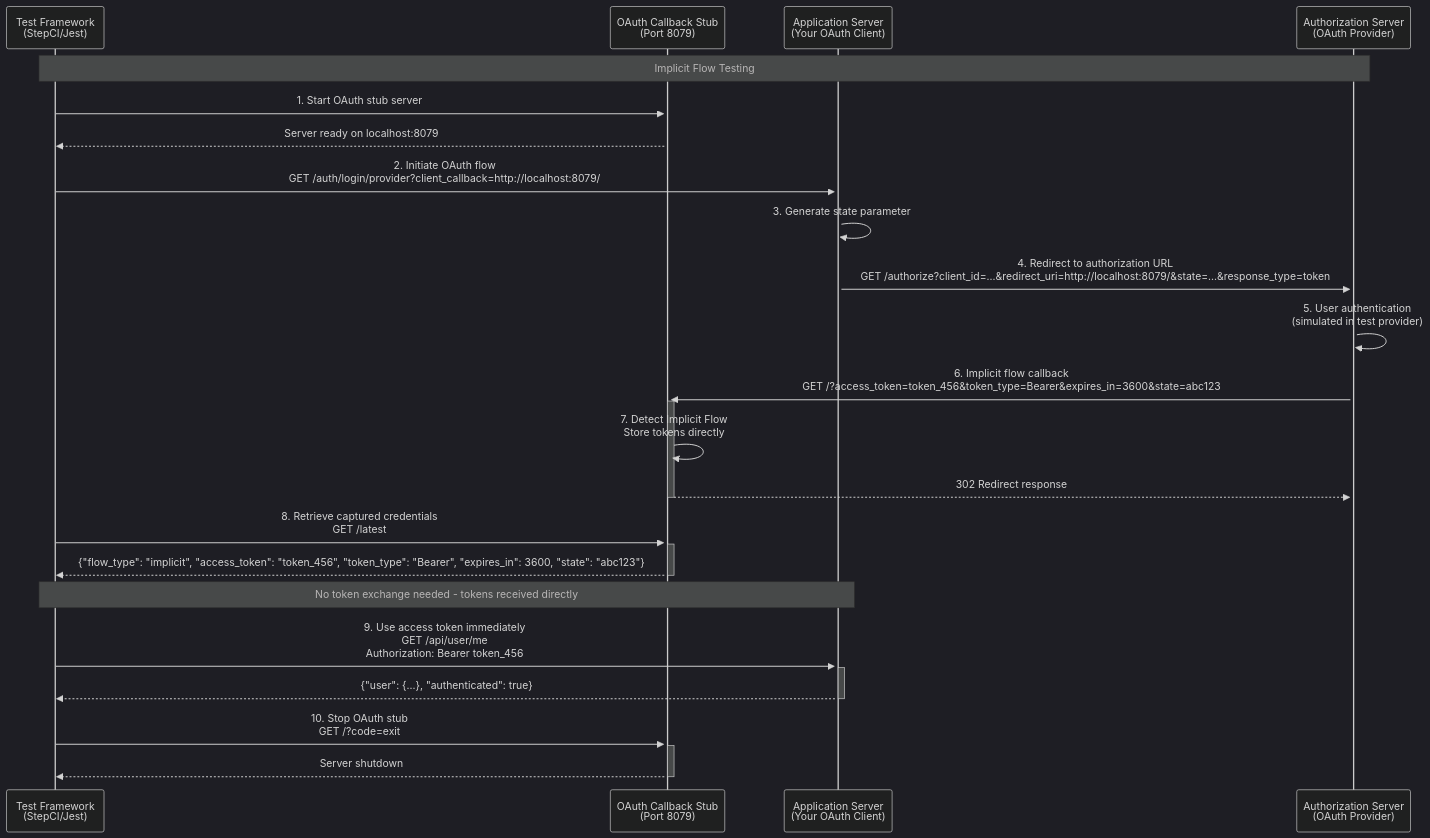
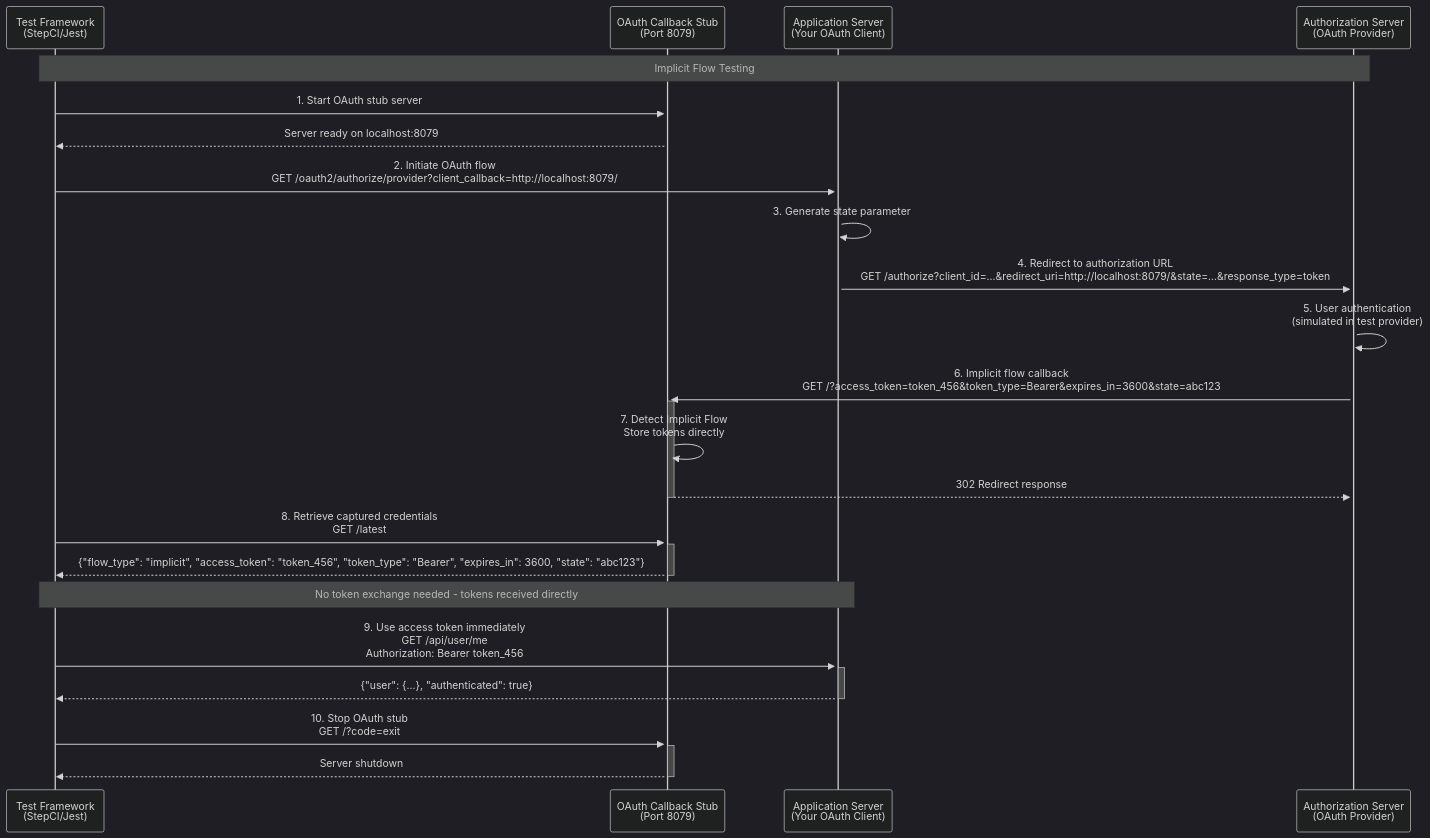
Before and after one commit to ericfitz/tmi: the second of 3 diagrams in scripts/oauth-client-callback-stub/oauth-flow-diagrams.md, drawn with Mermaid (dark theme). The commit also changed other lines of this file and 56 other files, not shown here.

````diff
--- a/scripts/oauth-client-callback-stub/oauth-flow-diagrams.md
+++ b/scripts/oauth-client-callback-stub/oauth-flow-diagrams.md
@@ -45,32 +45,32 @@
 ```mermaid
 sequenceDiagram
     participant Test as Test Framework<br/>(StepCI/Jest)
     participant Stub as OAuth Callback Stub<br/>(Port 8079)
     participant App as Application Server<br/>(Your OAuth Client)
     participant Auth as Authorization Server<br/>(OAuth Provider)
 
     Note over Test, Auth: Implicit Flow Testing
 
     Test->>+Stub: 1. Start OAuth stub server
     Stub-->>Test: Server ready on localhost:8079
 
-    Test->>+App: 2. Initiate OAuth flow<br/>GET /auth/login/provider?client_callback=http://localhost:8079/
+    Test->>+App: 2. Initiate OAuth flow<br/>GET /oauth2/authorize/provider?client_callback=http://localhost:8079/
     App->>App: 3. Generate state parameter
     App->>+Auth: 4. Redirect to authorization URL<br/>GET /authorize?client_id=...&redirect_uri=http://localhost:8079/&state=...&response_type=token
-    
+
     Auth->>Auth: 5. User authentication<br/>(simulated in test provider)
     Auth->>+Stub: 6. Implicit flow callback<br/>GET /?access_token=token_456&token_type=Bearer&expires_in=3600&state=abc123
     Stub->>Stub: 7. Detect Implicit Flow<br/>Store tokens directly
     Stub-->>-Auth: 302 Redirect response
-    
+
     Test->>+Stub: 8. Retrieve captured credentials<br/>GET /latest
     Stub-->>-Test: {"flow_type": "implicit", "access_token": "token_456", "token_type": "Bearer", "expires_in": 3600, "state": "abc123"}
-    
+
     Note over Test, App: No token exchange needed - tokens received directly
-    
+
     Test->>+App: 9. Use access token immediately<br/>GET /api/user/me<br/>Authorization: Bearer token_456
     App-->>-Test: {"user": {...}, "authenticated": true}
-    
+
     Test->>+Stub: 10. Stop OAuth stub<br/>GET /?code=exit
     Stub-->>-Test: Server shutdown
 ```
````
